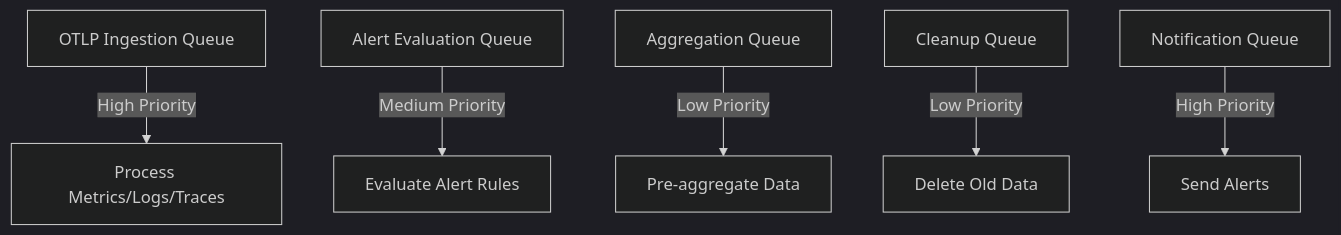
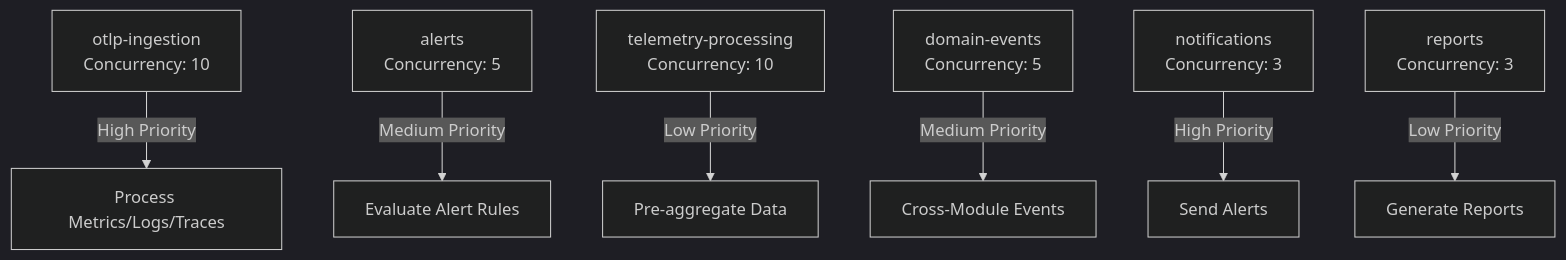
Before and after one commit to telemetryflow/telemetryflow-overview: the fourth of 4 diagrams in backend/01-TECH-STACK.md, drawn with Mermaid (dark theme). The commit also changed other lines of this file and 68 other files, not shown here.

````diff
--- a/backend/01-TECH-STACK.md
+++ b/backend/01-TECH-STACK.md
@@ -356,8 +375,9 @@
 ```mermaid
 graph TD
-    A[OTLP Ingestion Queue] -->|High Priority| B[Process Metrics/Logs/Traces]
-    C[Alert Evaluation Queue] -->|Medium Priority| D[Evaluate Alert Rules]
-    E[Aggregation Queue] -->|Low Priority| F[Pre-aggregate Data]
-    G[Cleanup Queue] -->|Low Priority| H[Delete Old Data]
-    I[Notification Queue] -->|High Priority| J[Send Alerts]
+    A[otlp-ingestion<br/>Concurrency: 10] -->|High Priority| B[Process Metrics/Logs/Traces]
+    C[alerts<br/>Concurrency: 5] -->|Medium Priority| D[Evaluate Alert Rules]
+    E[telemetry-processing<br/>Concurrency: 10] -->|Low Priority| F[Pre-aggregate Data]
+    G[domain-events<br/>Concurrency: 5] -->|Medium Priority| H[Cross-Module Events]
+    I[notifications<br/>Concurrency: 3] -->|High Priority| J[Send Alerts]
+    K[reports<br/>Concurrency: 3] -->|Low Priority| L[Generate Reports]
 ```
````
